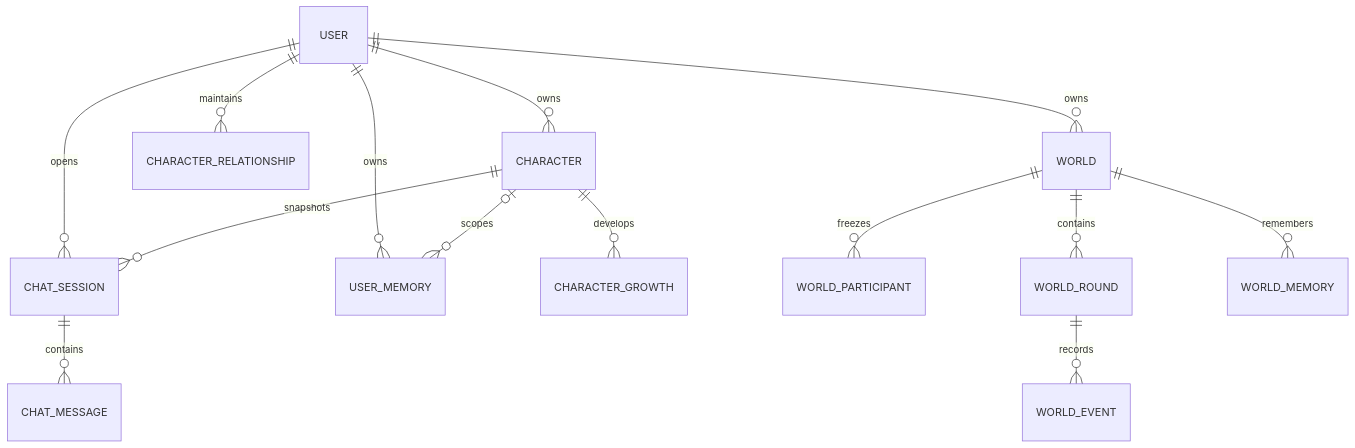
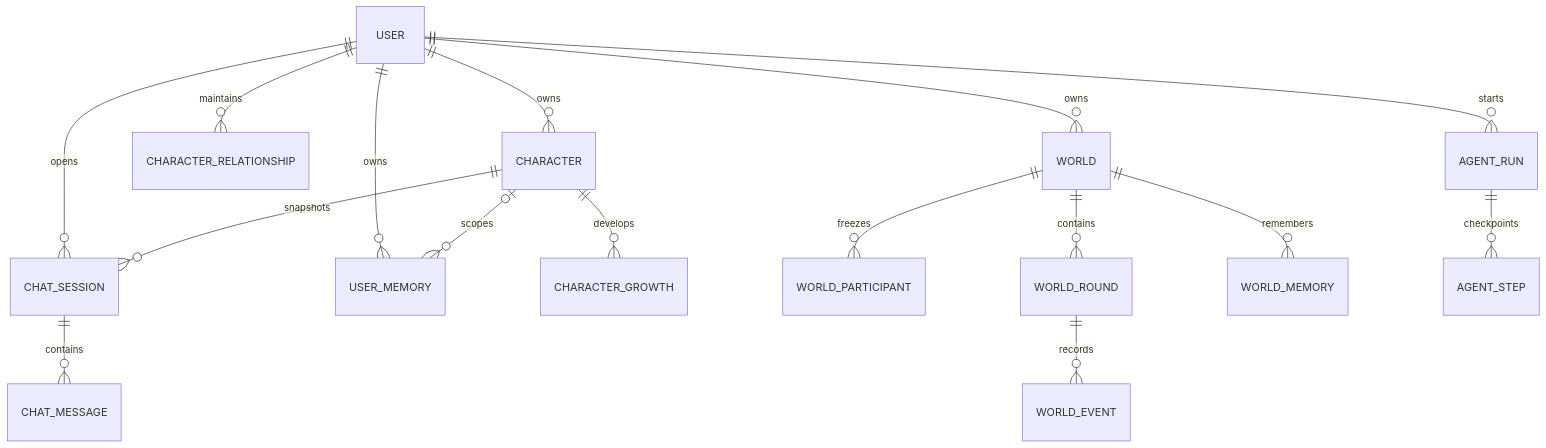
Before and after one commit to xingnan-dev/ai-character-world: the third of 3 diagrams in README.md, drawn with Mermaid. The commit also changed other lines of this file and 1 other file, not shown here.

Commit message:
docs: update agent runtime documentation

````diff
--- a/README.md
+++ b/README.md
@@ -116,16 +154,18 @@
 ```mermaid
 erDiagram
     USER ||--o{ CHARACTER : owns
     USER ||--o{ CHAT_SESSION : opens
     CHARACTER ||--o{ CHAT_SESSION : snapshots
     CHAT_SESSION ||--o{ CHAT_MESSAGE : contains
     USER ||--o{ USER_MEMORY : owns
     CHARACTER o|--o{ USER_MEMORY : scopes
     USER ||--o{ CHARACTER_RELATIONSHIP : maintains
     CHARACTER ||--o{ CHARACTER_GROWTH : develops
     USER ||--o{ WORLD : owns
     WORLD ||--o{ WORLD_PARTICIPANT : freezes
     WORLD ||--o{ WORLD_ROUND : contains
     WORLD_ROUND ||--o{ WORLD_EVENT : records
     WORLD ||--o{ WORLD_MEMORY : remembers
+    USER ||--o{ AGENT_RUN : starts
+    AGENT_RUN ||--o{ AGENT_STEP : checkpoints
 ```
````
